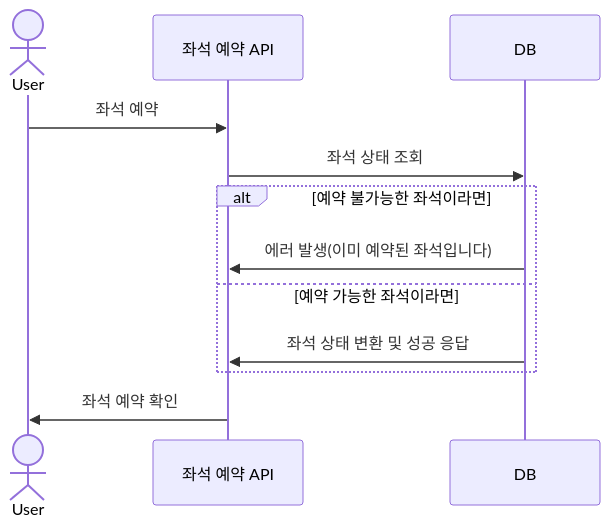
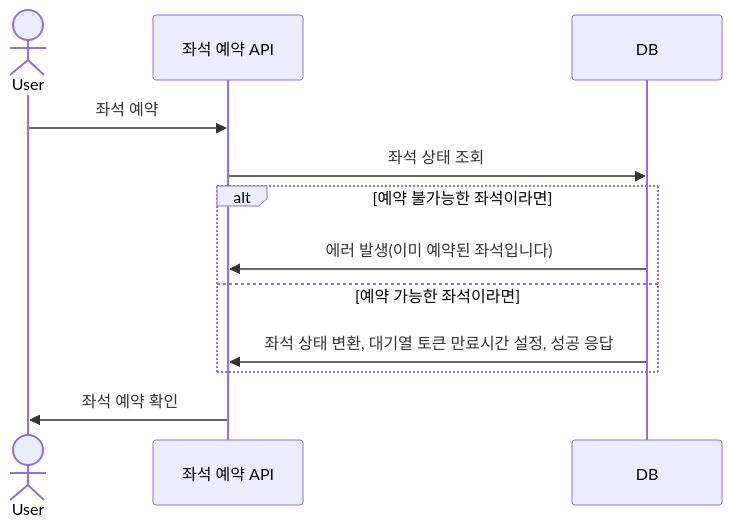
Before and after one commit to kimgun95/hhplus-concert-reservation: the fourth of 7 diagrams in README.md, drawn with Mermaid. The commit also changed other lines of this file, not shown here.

First line of the commit message:
docs: 플로우 차트 및 시퀀스 다이어그램 수정 플로우 차트 - 날짜 조회 추가 - 결제 단계에서 '대기열 만료시간 확인' 분기문 추가

````diff
--- a/README.md
+++ b/README.md
@@ -56,12 +66,12 @@
 ```mermaid
 sequenceDiagram
 actor User
 User->>좌석 예약 API: 좌석 예약
 좌석 예약 API->>DB: 좌석 상태 조회
 alt 예약 불가능한 좌석이라면
     DB->>좌석 예약 API: 에러 발생(이미 예약된 좌석입니다)
 else 예약 가능한 좌석이라면
-    DB->>좌석 예약 API: 좌석 상태 변환 및 성공 응답
+    DB->>좌석 예약 API: 좌석 상태 변환, 대기열 토큰 만료시간 설정, 성공 응답
 end
 좌석 예약 API->>User: 좌석 예약 확인
 ```
````
